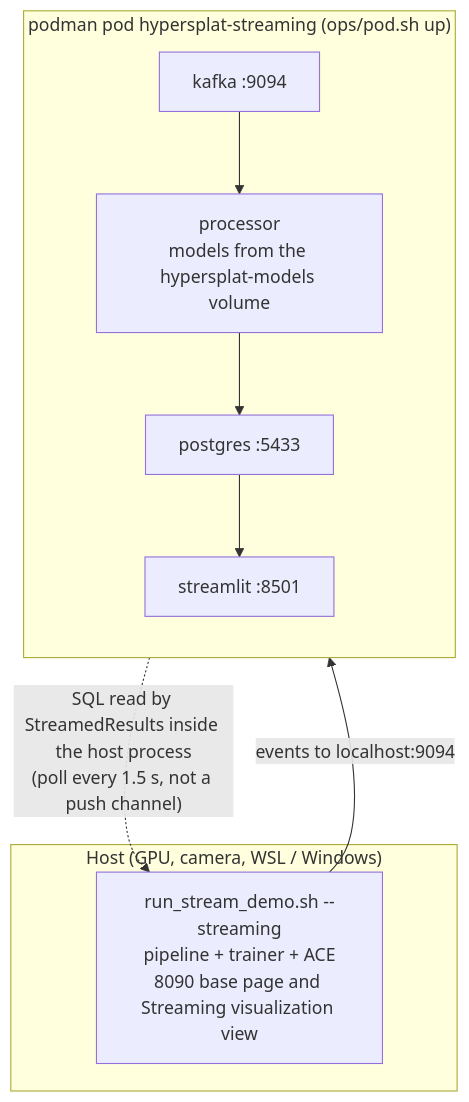
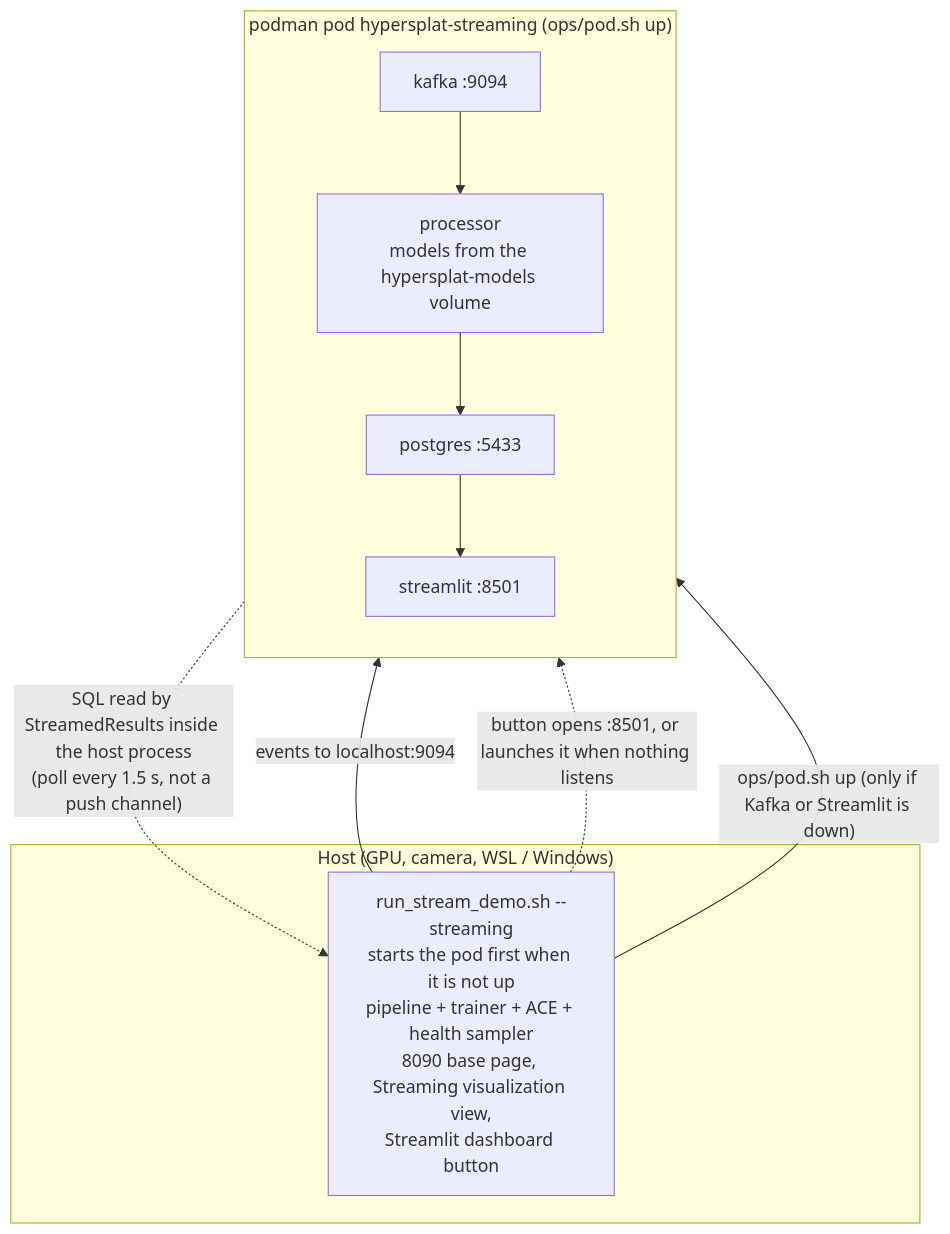
The fourth of 8 diagrams in hypersplat/streaming/docs/architecture-diagram.md (axls23/3D_world_genrator), drawn with Mermaid before and after one commit. The commit also changed other lines of this file, not shown here.

Commit message:
Architecture diagram: update the existing mermaid for the health tap, PSNR and start-up; add diagrams for the two new systems

````diff
--- a/hypersplat/streaming/docs/architecture-diagram.md
+++ b/hypersplat/streaming/docs/architecture-diagram.md
@@ -153,20 +169,22 @@
 ```mermaid
 flowchart TB
     subgraph HOST["Host (GPU, camera, WSL / Windows)"]
-        DEMO["run_stream_demo.sh --streaming<br/>pipeline + trainer + ACE<br/>8090 base page and Streaming visualization view"]
+        DEMO["run_stream_demo.sh --streaming<br/>starts the pod first when it is not up<br/>pipeline + trainer + ACE + health sampler<br/>8090 base page, Streaming visualization view,<br/>Streamlit dashboard button"]
     end
 
     subgraph POD["podman pod hypersplat-streaming (ops/pod.sh up)"]
         direction TB
         KF["kafka :9094"]
         DBc["postgres :5433"]
         PR["processor<br/>models from the hypersplat-models volume"]
         SL["streamlit :8501"]
     end
 
+    DEMO -- "ops/pod.sh up (only if Kafka or Streamlit is down)" --> POD
     DEMO -- "events to localhost:9094" --> KF
     KF --> PR
     PR --> DBc
     DBc --> SL
     DBc -. "SQL read by StreamedResults inside the host process<br/>(poll every 1.5 s, not a push channel)" .-> DEMO
+    DEMO -. "button opens :8501, or launches it when nothing listens" .-> SL
 ```
````
